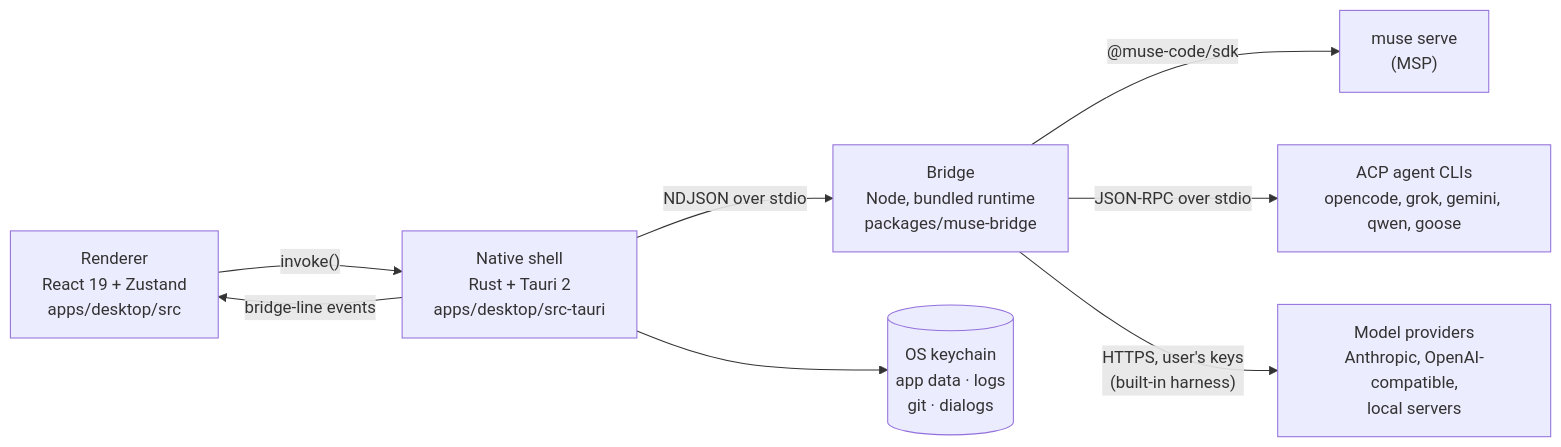
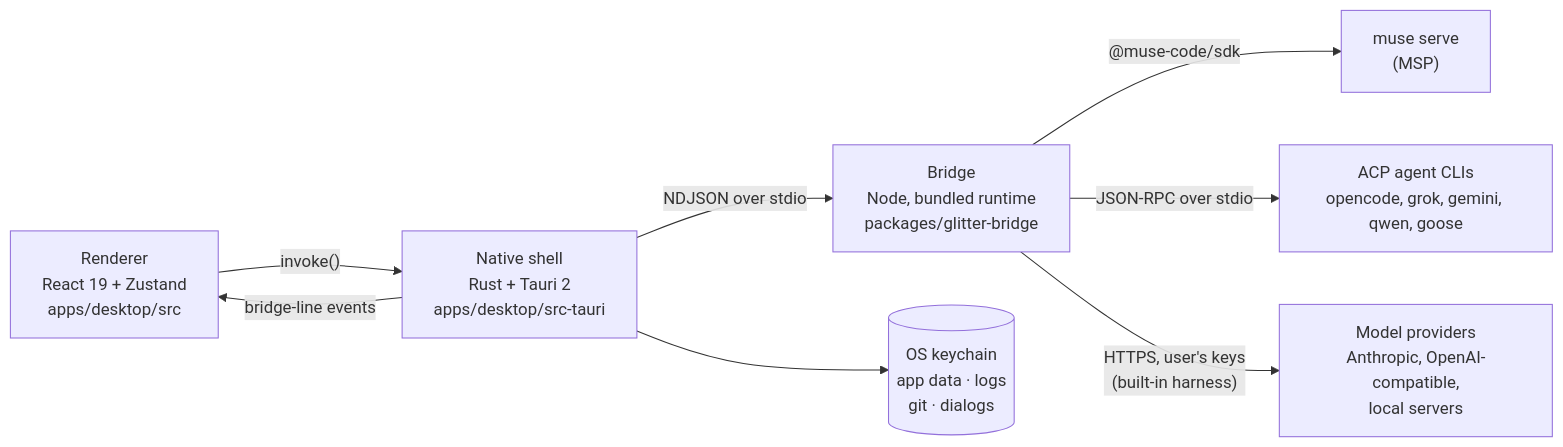
The diagram in docs/ARCHITECTURE.md (srikantmehra57/Glitter), drawn with Mermaid before and after one commit. The commit also changed other lines of this file and 161 other files, not shown here.

First line of the commit message:
Rename the product from Muse Code to Glitter

````diff
--- a/docs/ARCHITECTURE.md
+++ b/docs/ARCHITECTURE.md
@@ -15,18 +15,18 @@
 ```mermaid
 flowchart LR
   UI["Renderer<br/>React 19 + Zustand<br/>apps/desktop/src"]
   Shell["Native shell<br/>Rust + Tauri 2<br/>apps/desktop/src-tauri"]
-  Bridge["Bridge<br/>Node, bundled runtime<br/>packages/muse-bridge"]
+  Bridge["Bridge<br/>Node, bundled runtime<br/>packages/glitter-bridge"]
   Muse["muse serve<br/>(MSP)"]
   ACP["ACP agent CLIs<br/>opencode, grok, gemini, qwen, goose"]
   Providers["Model providers<br/>Anthropic, OpenAI-compatible,<br/>local servers"]
   OS[("OS keychain<br/>app data · logs<br/>git · dialogs")]
 
   UI -- "invoke()" --> Shell
   Shell -- "bridge-line events" --> UI
   Shell -- "NDJSON over stdio" --> Bridge
   Bridge -- "@muse-code/sdk" --> Muse
   Bridge -- "JSON-RPC over stdio" --> ACP
   Bridge -- "HTTPS, user's keys<br/>(built-in harness)" --> Providers
   Shell --> OS
 ```
````
